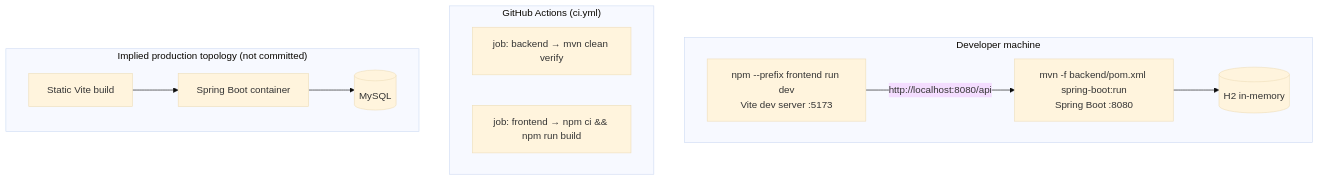
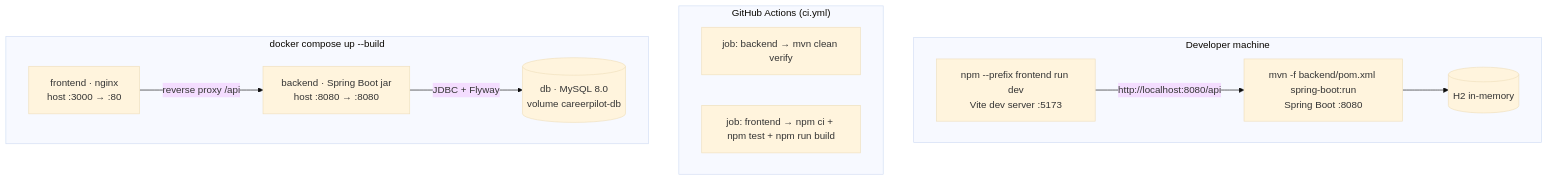
Before and after one commit to elel-m-b/CareerPilot: the tenth of 12 diagrams in docs/ARCHITECTURE.md, drawn with Mermaid (base theme). The commit also changed other lines of this file and 23 other files, not shown here.

First line of the commit message:
Fix ATS detection and add Docker Compose deployment

````diff
--- a/docs/ARCHITECTURE.md
+++ b/docs/ARCHITECTURE.md
@@ -505,22 +521,23 @@
 ```mermaid
 graph TD
     subgraph Dev["Developer machine"]
         NPM["npm --prefix frontend run dev<br/>Vite dev server :5173"]
         MVN["mvn -f backend/pom.xml spring-boot:run<br/>Spring Boot :8080"]
         H2[("H2 in-memory")]
     end
     NPM -- "http://localhost:8080/api" --> MVN
     MVN --> H2
 
     subgraph CI["GitHub Actions (ci.yml)"]
         JB["job: backend → mvn clean verify"]
-        JF["job: frontend → npm ci && npm run build"]
+        JF["job: frontend → npm ci + npm test + npm run build"]
     end
 
-    subgraph ProdTarget["Implied production topology (not committed)"]
-        FE["Static Vite build"]
-        BE["Spring Boot container"]
-        DB[("MySQL")]
-        FE --> BE --> DB
+    subgraph Compose["docker compose up --build"]
+        FE["frontend · nginx<br/>host :3000 → :80"]
+        BE["backend · Spring Boot jar<br/>host :8080 → :8080"]
+        DB[("db · MySQL 8.0<br/>volume careerpilot-db")]
+        FE -- "reverse proxy /api" --> BE
+        BE -- "JDBC + Flyway" --> DB
     end
 ```
````
